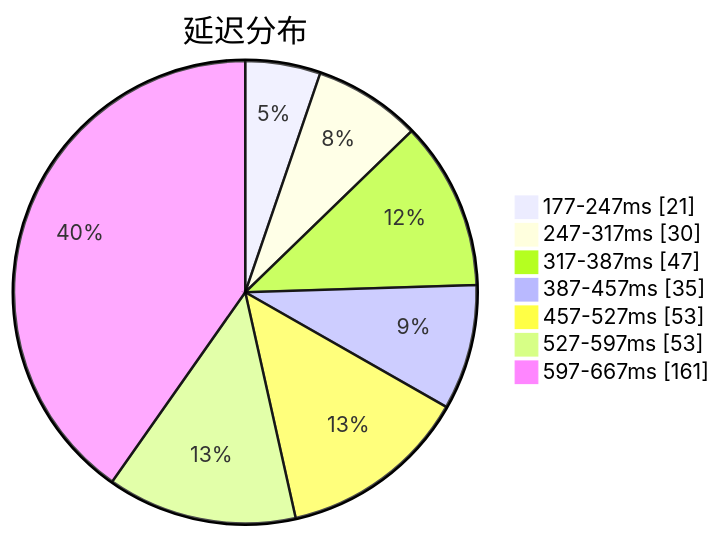
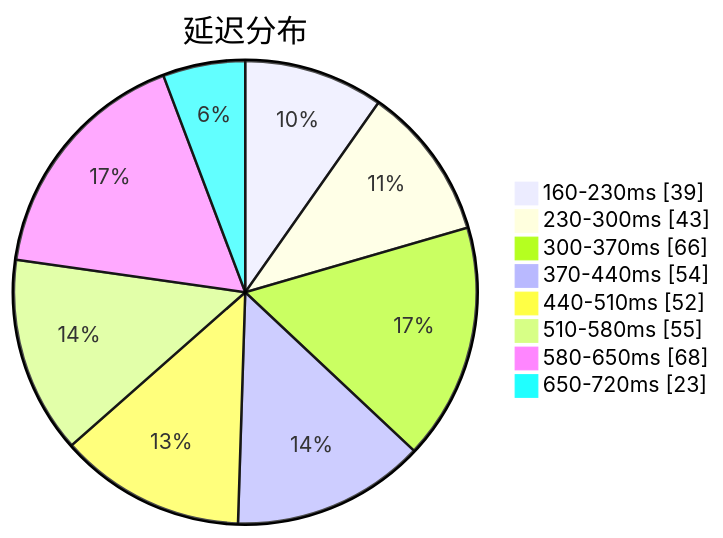
Before and after one commit to qjlxg/airport: the first of 3 diagrams in subs/statistics/tested_within.md, drawn with Mermaid. The commit also changed other lines of this file and 2 other files, not shown here.

````diff
--- a/subs/statistics/tested_within.md
+++ b/subs/statistics/tested_within.md
@@ -2,11 +2,12 @@
 ```mermaid
 pie showData
 title 延迟分布
-"177-247ms" : 21
-"247-317ms" : 30
-"317-387ms" : 47
-"387-457ms" : 35
-"457-527ms" : 53
-"527-597ms" : 53
-"597-667ms" : 161
+"160-230ms" : 39
+"230-300ms" : 43
+"300-370ms" : 66
+"370-440ms" : 54
+"440-510ms" : 52
+"510-580ms" : 55
+"580-650ms" : 68
+"650-720ms" : 23
 ```
````
